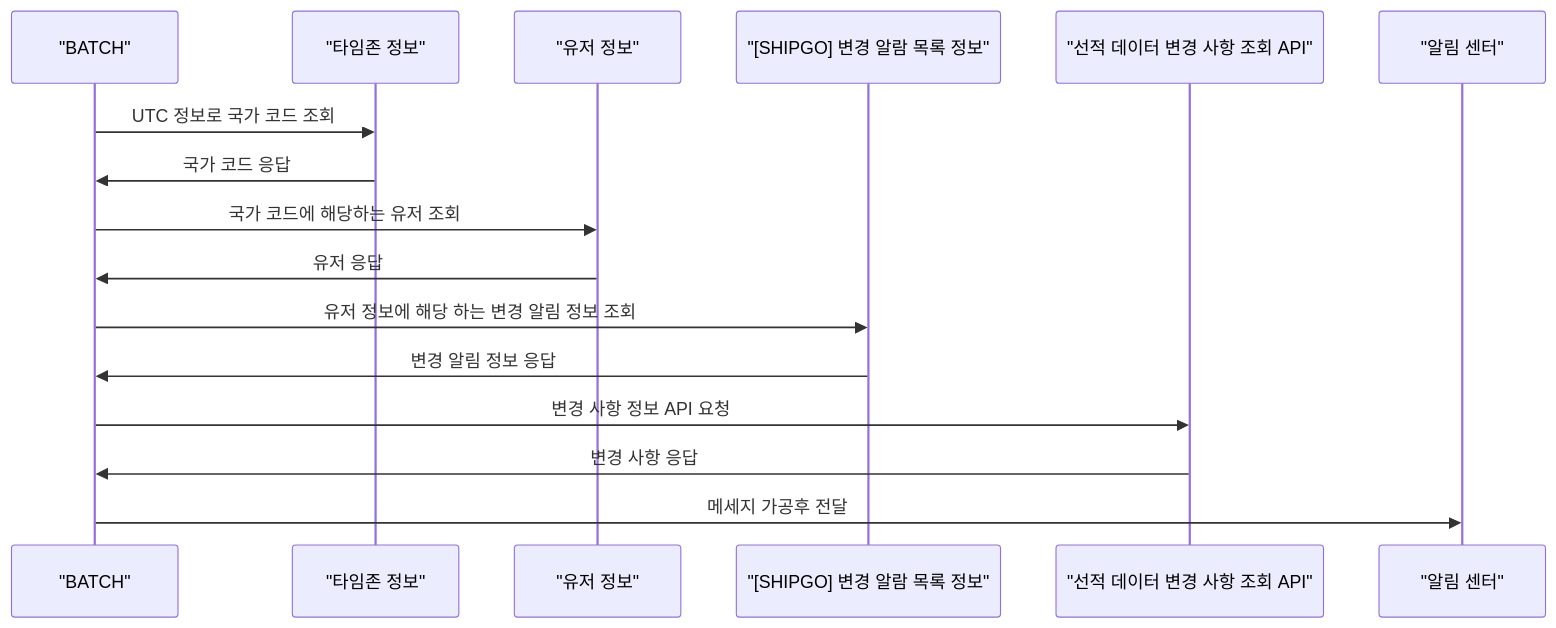
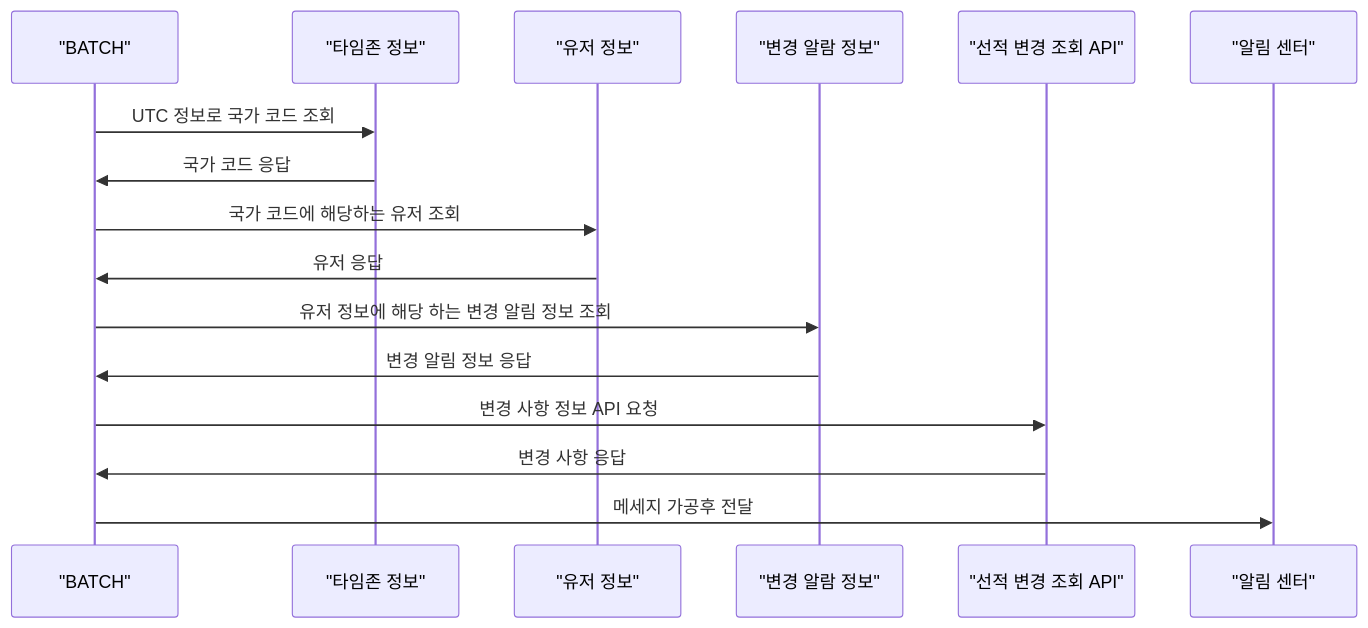
The second of 3 diagrams in _posts/project/logistics/2025-02-27-EstablishmentOfNotificationCenterAndShipmentChangeNotificationSystem.md (ysiksik/ysiksik.github.io), drawn with Mermaid before and after one commit. The commit also changed other lines of this file, not shown here.

```diff
--- a/_posts/project/logistics/2025-02-27-EstablishmentOfNotificationCenterAndShipmentChangeNotificationSystem.md
+++ b/_posts/project/logistics/2025-02-27-EstablishmentOfNotificationCenterAndShipmentChangeNotificationSystem.md
@@ -157,20 +157,20 @@
 ~~~mermaid
 
 sequenceDiagram
   participant BT as "BATCH"
   participant TI as "타임존 정보"
   participant UL as "유저 정보"
-  participant AL as "[SHIPGO] 변경 알람 목록 정보"
-  participant MP as "선적 데이터 변경 사항 조회 API"
+  participant AL as "변경 알람 정보"
+  participant MP as "선적 변경 조회 API"
   participant AC as "알림 센터"
   BT->>TI: UTC 정보로 국가 코드 조회
   TI->>BT: 국가 코드 응답
   BT->>UL: 국가 코드에 해당하는 유저 조회
   UL->>BT: 유저 응답
   BT->>AL: 유저 정보에 해당 하는 변경 알림 정보 조회
   AL->>BT: 변경 알림 정보 응답
   BT->>MP: 변경 사항 정보 API 요청
   MP->>BT: 변경 사항 응답
   BT->>AC: 메세지 가공후 전달
 
 ~~~
```
